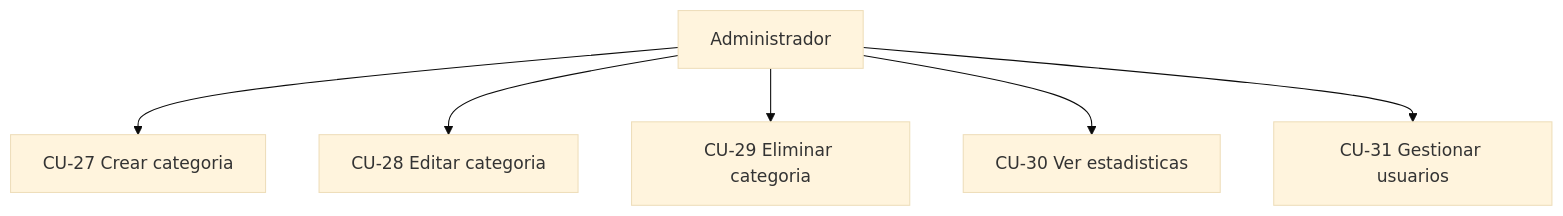
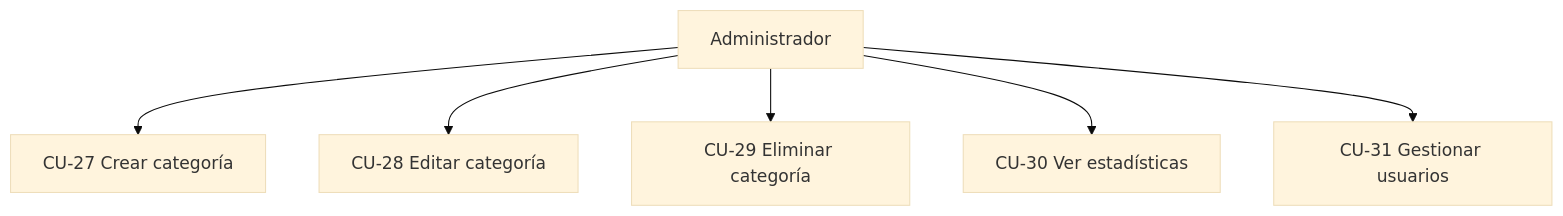
The fourth of 6 diagrams in documentacion/DAW_PRW_R1L2_UT01.2. Diagrama de casos de uso.md (FerCueA/Duit), drawn with Mermaid (base theme) before and after one commit. The commit also changed other lines of this file and 6 other files, not shown here.

````diff
--- a/documentacion/DAW_PRW_R1L2_UT01.2. Diagrama de casos de uso.md
+++ b/documentacion/DAW_PRW_R1L2_UT01.2. Diagrama de casos de uso.md
@@ -234,9 +236,9 @@
 ```mermaid
 flowchart TB
   A[Administrador]
-  A --> CU27["CU-27 Crear categoria"]
-  A --> CU28["CU-28 Editar categoria"]
-  A --> CU29["CU-29 Eliminar categoria"]
-  A --> CU30["CU-30 Ver estadisticas"]
+  A --> CU27["CU-27 Crear categoría"]
+  A --> CU28["CU-28 Editar categoría"]
+  A --> CU29["CU-29 Eliminar categoría"]
+  A --> CU30["CU-30 Ver estadísticas"]
   A --> CU31["CU-31 Gestionar usuarios"]
 ```
````
